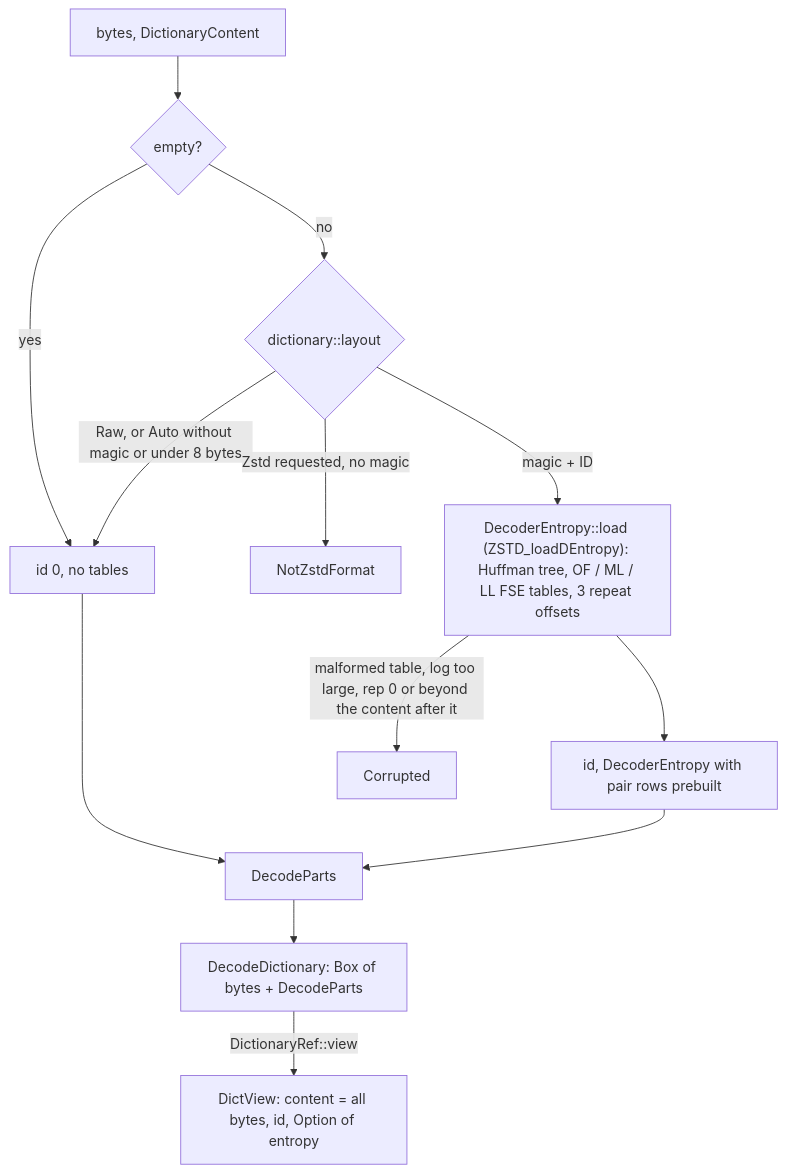
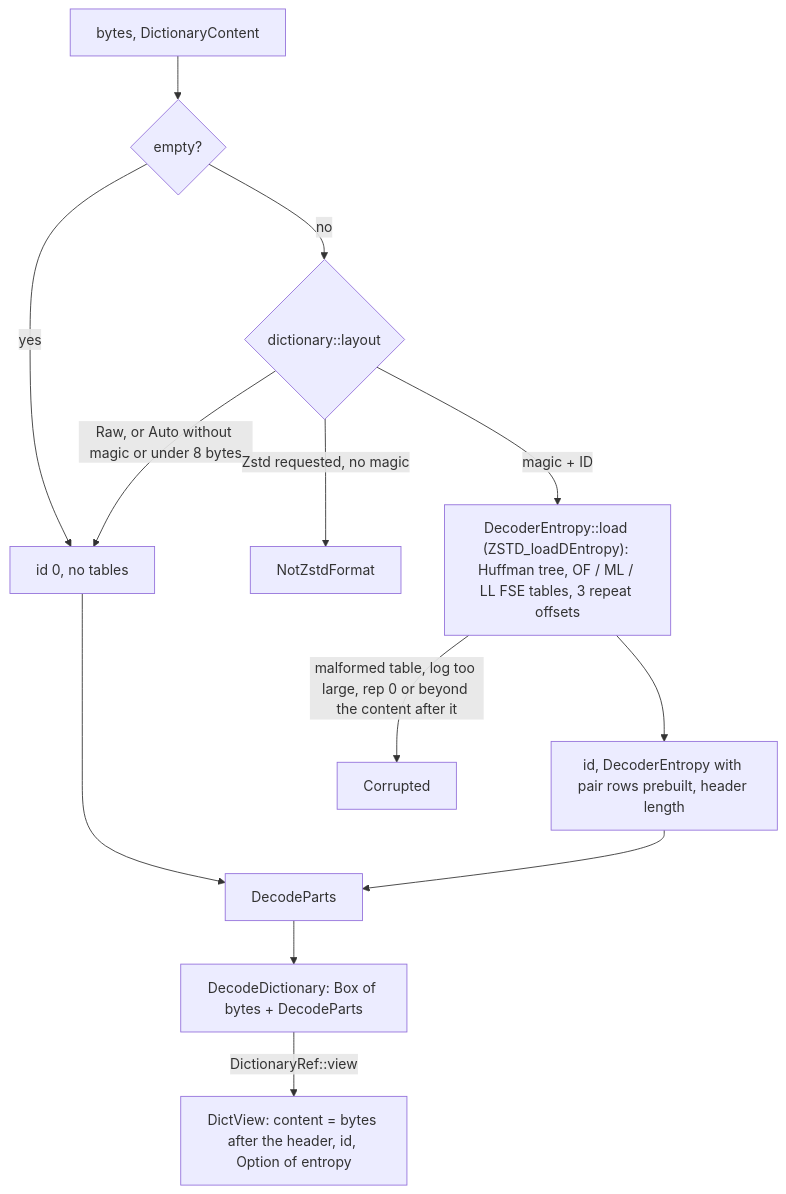
One commit to M-Compressors/mzstd changed the seventh of 11 diagrams in architecture/decompressor.md. Above: the diagram before and after it, drawn with Mermaid. The commit also changed other lines of this file and 15 other files, not shown here.

Commit message:
Fix decoder dict

````diff
--- a/architecture/decompressor.md
+++ b/architecture/decompressor.md
@@ -369,15 +369,15 @@
 ```mermaid
 flowchart TD
     Bytes[bytes, DictionaryContent] --> Empty{empty?}
     Empty -->|yes| RawParts[id 0, no tables]
     Empty -->|no| Layout{dictionary::layout}
     Layout -->|Raw, or Auto without magic or under 8 bytes| RawParts
     Layout -->|Zstd requested, no magic| E1[NotZstdFormat]
     Layout -->|magic + ID| Load["DecoderEntropy::load (ZSTD_loadDEntropy): Huffman tree, OF / ML / LL FSE tables, 3 repeat offsets"]
     Load -->|malformed table, log too large, rep 0 or beyond the content after it| E2[Corrupted]
-    Load --> ZParts[id, DecoderEntropy with pair rows prebuilt]
+    Load --> ZParts[id, DecoderEntropy with pair rows prebuilt, header length]
     RawParts --> Parts[DecodeParts]
     ZParts --> Parts
     Parts --> Owned["DecodeDictionary: Box of bytes + DecodeParts"]
-    Owned -->|DictionaryRef::view| View["DictView: content = all bytes, id, Option of entropy"]
+    Owned -->|DictionaryRef::view| View["DictView: content = bytes after the header, id, Option of entropy"]
 ```
````
